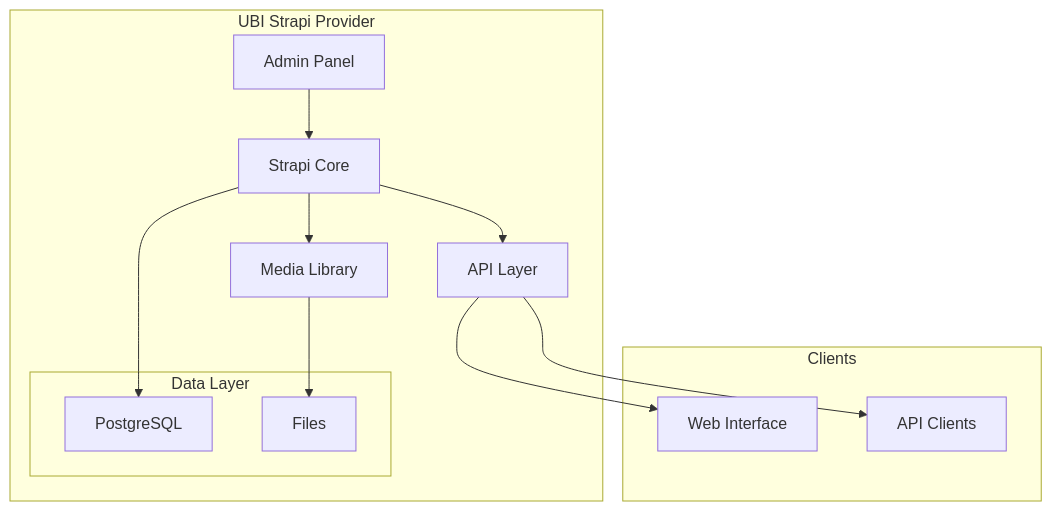
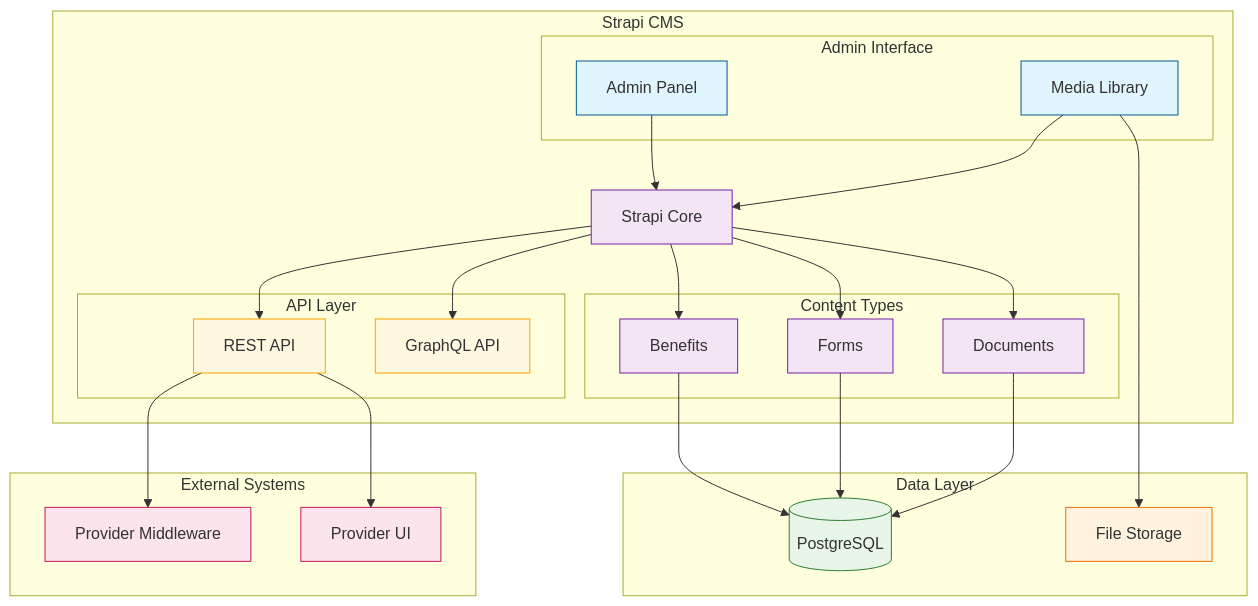
One commit to rajnishdargan/ubi-strapi-provider changed the first of 4 diagrams in docs/arch-diagrams.md. Above: the diagram before and after it, drawn with Mermaid. The commit also changed other lines of this file and 6 other files, not shown here.

Commit message:
Issue #246252 chore: Strapi Provider Documentation

````diff
--- a/docs/arch-diagrams.md
+++ b/docs/arch-diagrams.md
@@ -7,24 +9,61 @@
 ```mermaid
 graph TB
-    subgraph "UBI Strapi Provider"
-        A[Admin Panel] --> B[Strapi Core]
-        B --> C[API Layer]
-        B --> D[Media Library]
-        
-        subgraph "Data Layer"
-            F[PostgreSQL]
-            G[Files]
+    subgraph "Strapi CMS"
+        style CMS fill:#f3e5f5,stroke:#7b1fa2
+        CMS[Strapi Core]
+
+        subgraph "Content Types"
+            BT[Benefits]
+            FT[Forms]
+            DT[Documents]
+            style BT fill:#f3e5f5,stroke:#7b1fa2
+            style FT fill:#f3e5f5,stroke:#7b1fa2
+            style DT fill:#f3e5f5,stroke:#7b1fa2
         end
-        
-        B --> F
-        D --> G
+
+        subgraph "Admin Interface"
+            AP[Admin Panel]
+            ML[Media Library]
+            style AP fill:#e1f5fe,stroke:#01579b
+            style ML fill:#e1f5fe,stroke:#01579b
+        end
+
+        subgraph "API Layer"
+            REST[REST API]
+            GQL[GraphQL API]
+            style REST fill:#fff8e1,stroke:#ffa000
+            style GQL fill:#fff8e1,stroke:#ffa000
+        end
     end
+
+    subgraph "Data Layer"
+        DB[(PostgreSQL)]
+        FS[File Storage]
+        style DB fill:#e8f5e9,stroke:#2e7d32
+        style FS fill:#fff3e0,stroke:#ef6c00
+    end
+
+    subgraph "External Systems"
+        MW[Provider Middleware]
+        UI[Provider UI]
+        style MW fill:#fce4ec,stroke:#c2185b
+        style UI fill:#fce4ec,stroke:#c2185b
+    end
+
+    AP --> CMS
+    ML --> CMS
+    CMS --> REST
+    CMS --> GQL
     
-    subgraph "Clients"
-        L[Web Interface]
-        M[API Clients]
-    end
+    CMS --> BT
+    CMS --> FT
+    CMS --> DT
     
-    C --> L
-    C --> M
+    BT --> DB
+    FT --> DB
+    DT --> DB
+    ML --> FS
+    
+    REST --> MW
+    REST --> UI
 ```
````
